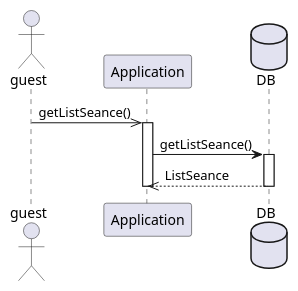
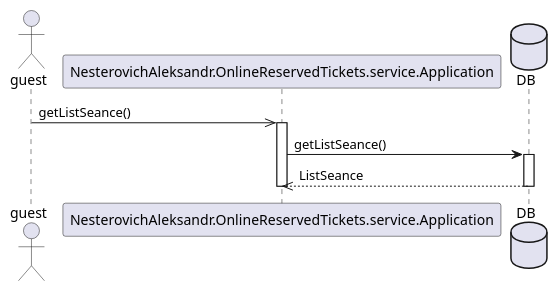
Before and after one commit to chivo-retsen/OnlineReservedTickets: the diagram in src/main/resources/UML/view the list seance.puml, drawn with PlantUML. The commit also changed 31 other files, not shown here.

```diff
--- a/src/main/resources/UML/view the list seance.puml
+++ b/src/main/resources/UML/view the list seance.puml
@@ -1,18 +1,18 @@
 @startuml
 
 actor guest
 
-guest ->> Application : getListSeance()
+guest ->> NesterovichAleksandr.OnlineReservedTickets.service.Application : getListSeance()
 
-activate Application
+activate NesterovichAleksandr.OnlineReservedTickets.service.Application
 
 database DB
 
-Application -> DB : getListSeance()
+NesterovichAleksandr.OnlineReservedTickets.service.Application -> DB : getListSeance()
 activate DB
-Application <<-- DB : ListSeance
+NesterovichAleksandr.OnlineReservedTickets.service.Application <<-- DB : ListSeance
 deactivate DB
 
-deactivate Application
+deactivate NesterovichAleksandr.OnlineReservedTickets.service.Application
 
 @enduml
```
